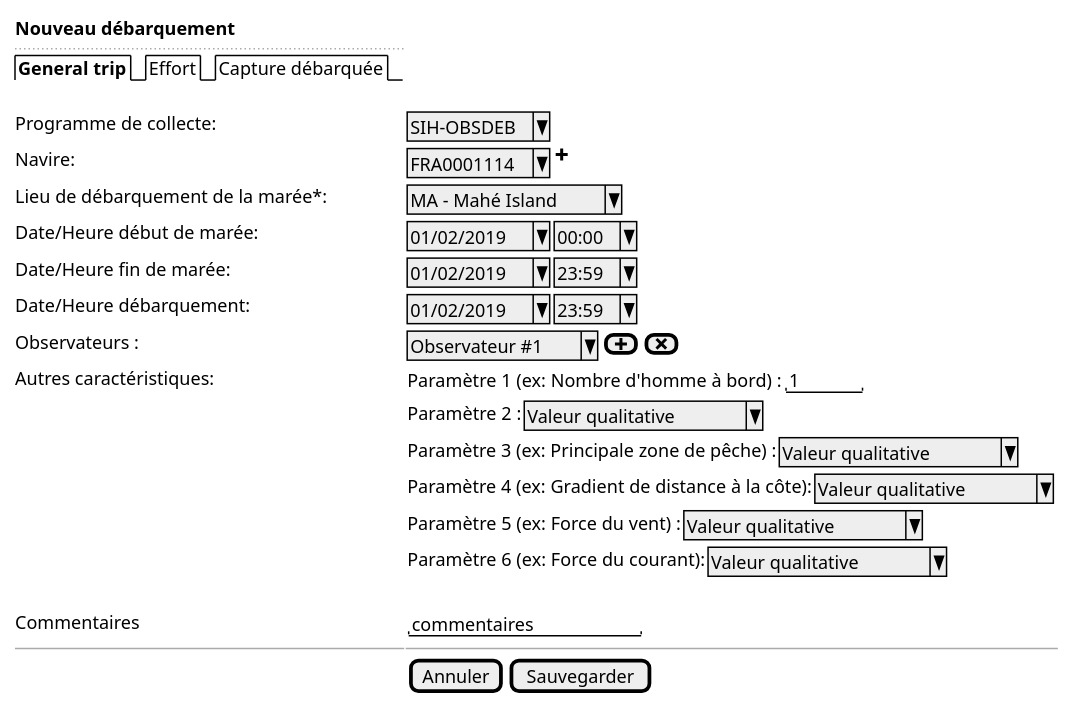
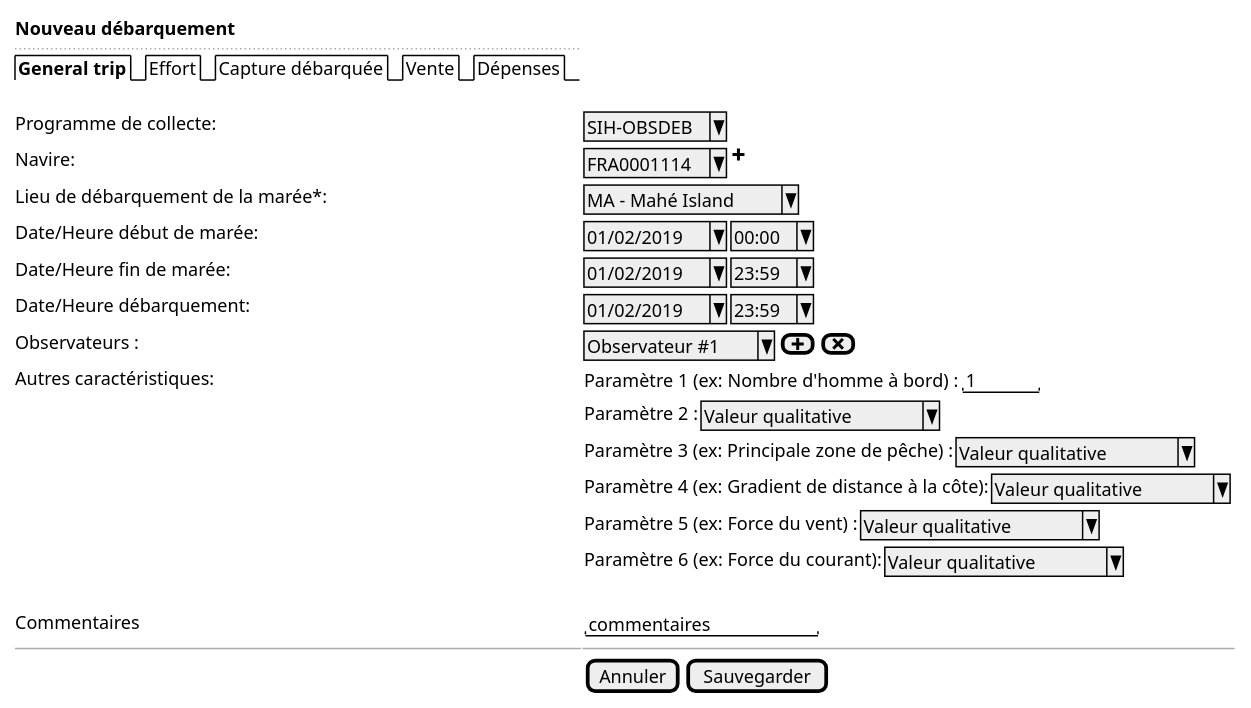
Before and after one commit to sumaris-net/sumaris-doc: the diagram in use-case/collect/trip/landing-ui-var3a.puml, drawn with PlantUML. The commit also changed 7 other files, not shown here.

```diff
--- a/use-case/collect/trip/landing-ui-var3a.puml
+++ b/use-case/collect/trip/landing-ui-var3a.puml
@@ -1,27 +1,27 @@
 @startsalt
 {
   <b>Nouveau débarquement
   ..
-  {/ <b>General trip | Effort | Capture débarquée }
+  {/ <b>General trip | Effort | Capture débarquée | Vente | Dépenses }
   .
   Programme de collecte:    | { ^SIH-OBSDEB^ }
   Navire:                   | { ^FRA0001114^ | <&plus> }
   Lieu de débarquement de la marée*:     | { ^MA - Mahé Island^ }
   Date/Heure début de marée:  | { ^01/02/2019^ | ^00:00^ }
   Date/Heure fin de marée:  | { ^01/02/2019^ | ^23:59^ }
   Date/Heure débarquement:  | { ^01/02/2019^ | ^23:59^ }
   Observateurs :            | { ^Observateur #1^ | [<&plus>] | [<&x>]}
   Autres caractéristiques:  | { Paramètre 1 (ex: Nombre d'homme à bord) : | "   1  " }
   .                         | { Paramètre 2 : | ^Valeur qualitative^ }
   .                         | { Paramètre 3 (ex: Principale zone de pêche) : | ^Valeur qualitative^ }
   .                         | { Paramètre 4 (ex: Gradient de distance à la côte): | ^Valeur qualitative^ }
   .                         | { Paramètre 5 (ex: Force du vent) : | ^Valeur qualitative^ }
   .                         | { Paramètre 6 (ex: Force du courant): | ^Valeur qualitative^ }
   .
   Commentaires              | { "commentaires       "}
 
   -- | --
 
   .                          | {[Annuler] | [Sauvegarder]}
 }
 @endsalt
```
